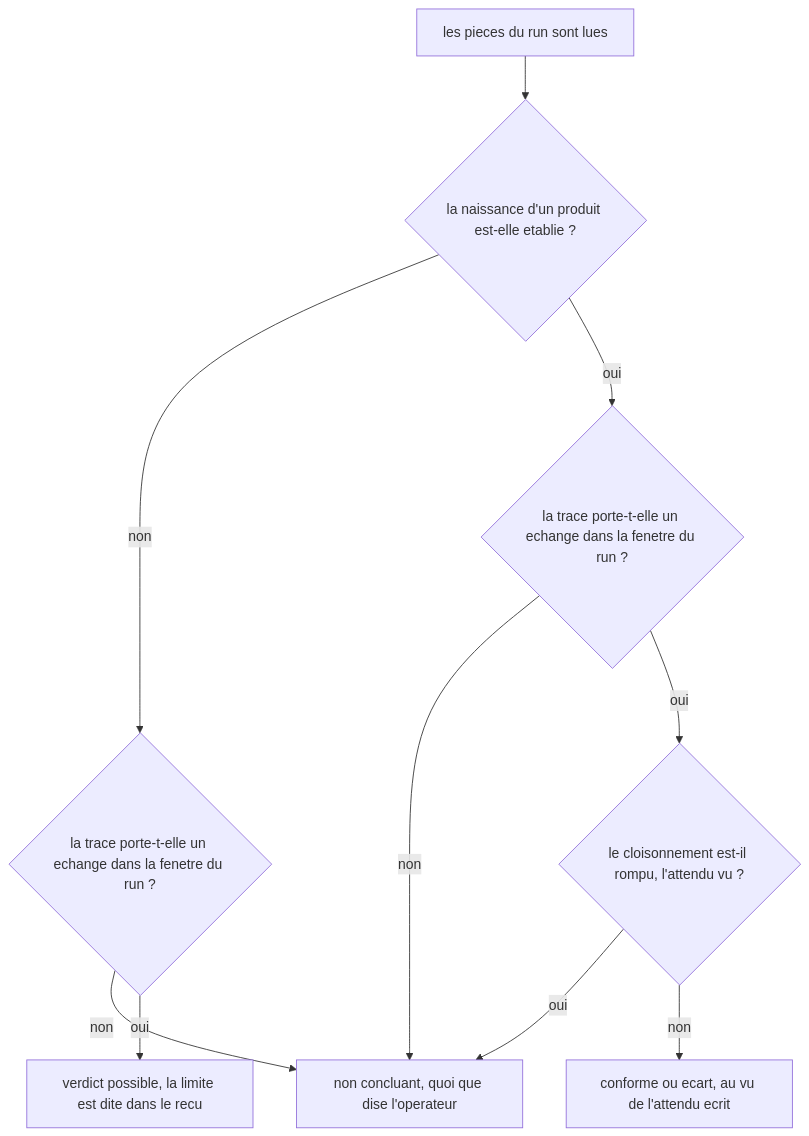
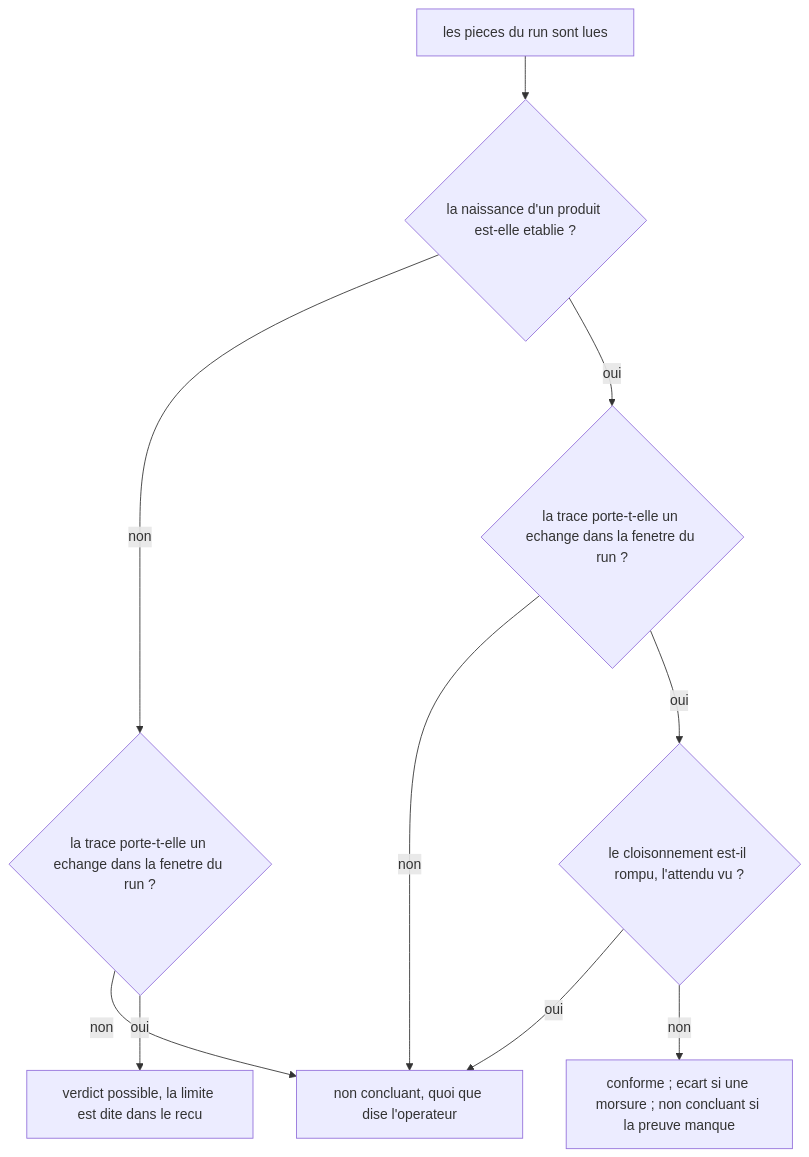
Before and after one commit to giak/aidd-device: the sixth of 6 diagrams in docs/ARCHITECTURE.md, drawn with Mermaid. The commit also changed other lines of this file and 7 other files, not shown here.

````diff
--- a/docs/ARCHITECTURE.md
+++ b/docs/ARCHITECTURE.md
@@ -396,12 +401,12 @@
 ```mermaid
 flowchart TD
   S["les pieces du run sont lues"] --> N{"la naissance d'un produit est-elle etablie ?"}
   N -->|"non"| T1{"la trace porte-t-elle un echange dans la fenetre du run ?"}
   N -->|"oui"| T2{"la trace porte-t-elle un echange dans la fenetre du run ?"}
   T1 -->|"non"| NC["non concluant, quoi que dise l'operateur"]
   T1 -->|"oui"| LIM["verdict possible, la limite est dite dans le recu"]
   T2 -->|"non"| NC
   T2 -->|"oui"| CL{"le cloisonnement est-il rompu, l'attendu vu ?"}
   CL -->|"oui"| NC
-  CL -->|"non"| V["conforme ou ecart, au vu de l'attendu ecrit"]
+  CL -->|"non"| V["conforme ; ecart si une morsure ; non concluant si la preuve manque"]
 ```
````
